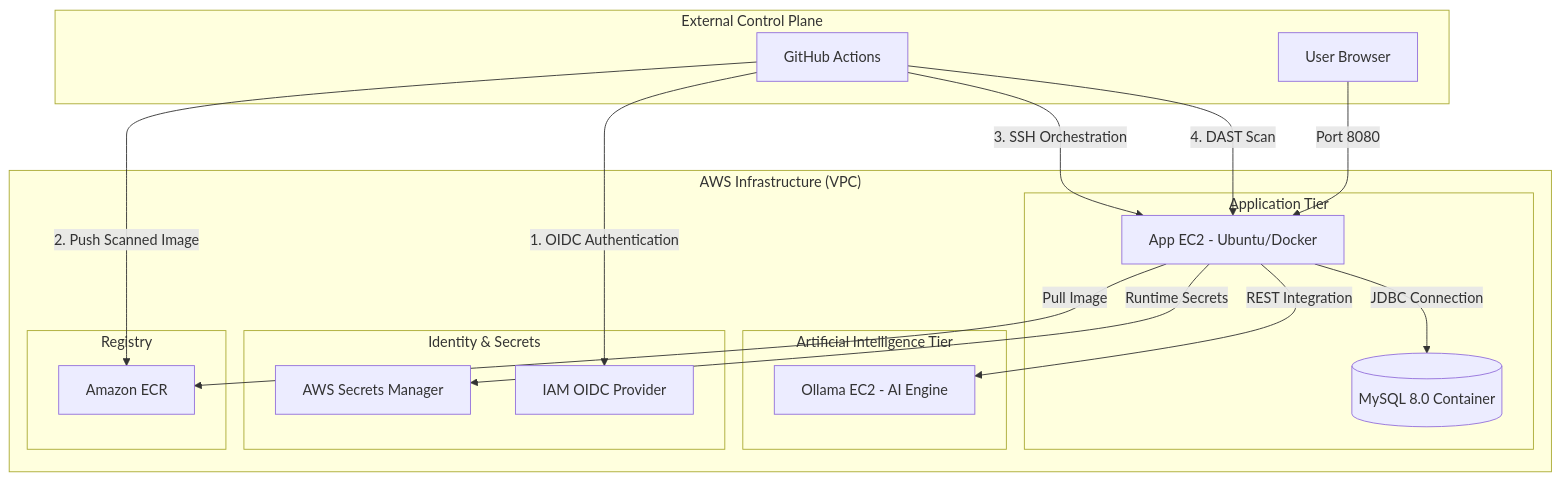
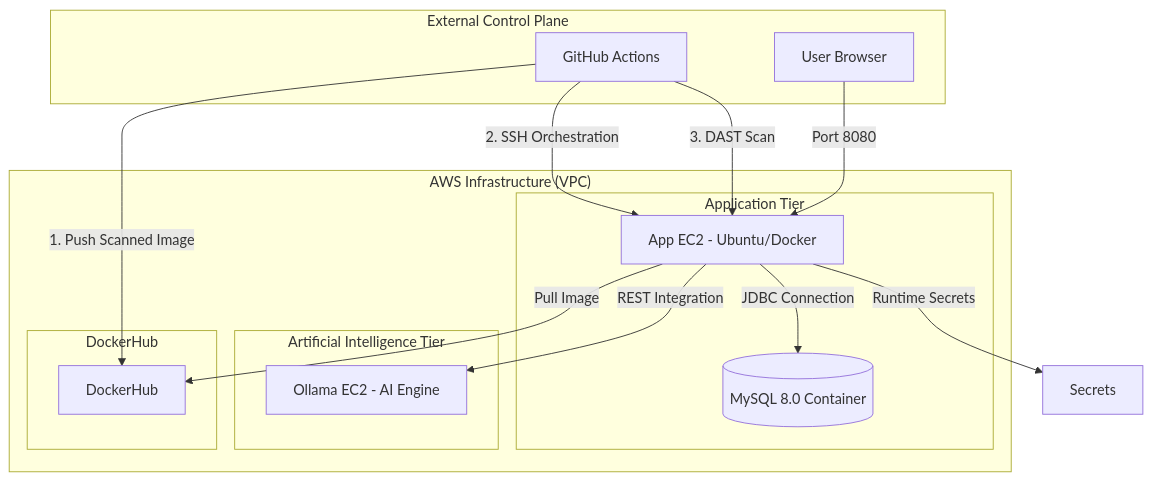
Before and after one commit to Praveen48589/AI-BANK-APP: the diagram in README.md, drawn with Mermaid. The commit also changed other lines of this file and 7 other files, not shown here.

````diff
--- a/README.md
+++ b/README.md
@@ -22,38 +22,32 @@
 ```mermaid
 graph TD
     subgraph "External Control Plane"
         GH[GitHub Actions]
         User[User Browser]
     end
 
     subgraph "AWS Infrastructure (VPC)"
         subgraph "Application Tier"
             AppEC2[App EC2 - Ubuntu/Docker]
             DB[(MySQL 8.0 Container)]
         end
 
         subgraph "Artificial Intelligence Tier"
             Ollama[Ollama EC2 - AI Engine]
         end
 
-        subgraph "Identity & Secrets"
-            Secrets[AWS Secrets Manager]
-            OIDC[IAM OIDC Provider]
-        end
-
-        subgraph "Registry"
-            ECR[Amazon ECR]
+        subgraph "DockerHub"
+            ECR[DockerHub]
         end
     end
 
-    GH -->|1. OIDC Authentication| OIDC
-    GH -->|2. Push Scanned Image| ECR
-    GH -->|3. SSH Orchestration| AppEC2
-    GH -->|4. DAST Scan| AppEC2
+    GH -->|1. Push Scanned Image| ECR
+    GH -->|2. SSH Orchestration| AppEC2
+    GH -->|3. DAST Scan| AppEC2
     
     User -->|Port 8080| AppEC2
     AppEC2 -->|JDBC Connection| DB
     AppEC2 -->|REST Integration| Ollama
     AppEC2 -->|Runtime Secrets| Secrets
     AppEC2 -->|Pull Image| ECR
 ```
````
